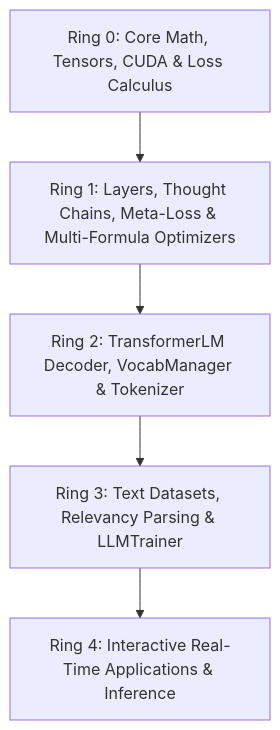
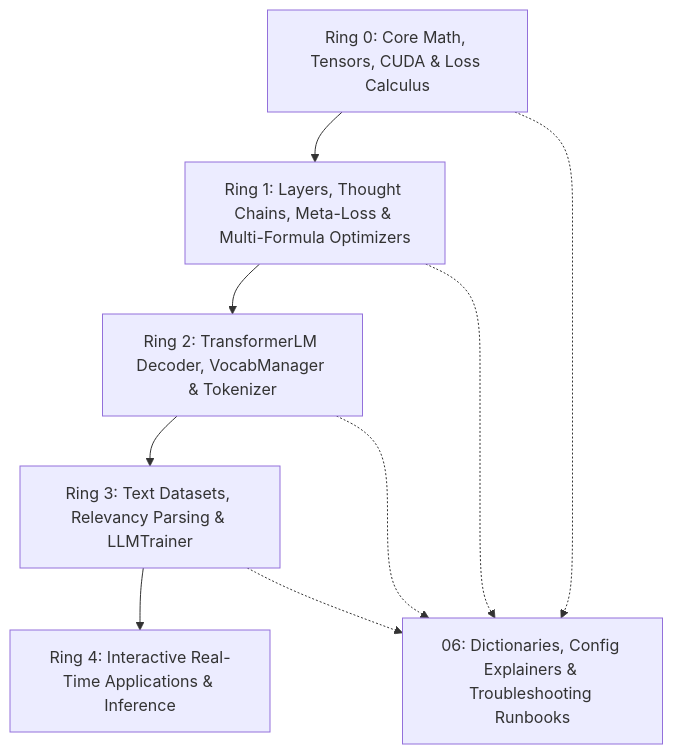
One commit to Heaplyn/NeuralNet changed the diagram in NeuralNet Obsidian/Index.md. Above: the diagram before and after it, drawn with Mermaid. The commit also changed other lines of this file and 13 other files, not shown here.

````diff
--- a/NeuralNet Obsidian/Index.md
+++ b/NeuralNet Obsidian/Index.md
@@ -62,7 +73,11 @@
 ```mermaid
 graph TD
     R0["Ring 0: Core Math, Tensors, CUDA & Loss Calculus"] --> R1["Ring 1: Layers, Thought Chains, Meta-Loss & Multi-Formula Optimizers"]
     R1 --> R2["Ring 2: TransformerLM Decoder, VocabManager & Tokenizer"]
     R2 --> R3["Ring 3: Text Datasets, Relevancy Parsing & LLMTrainer"]
     R3 --> R4["Ring 4: Interactive Real-Time Applications & Inference"]
+    R0 -.-> Ref["06: Dictionaries, Config Explainers & Troubleshooting Runbooks"]
+    R1 -.-> Ref
+    R2 -.-> Ref
+    R3 -.-> Ref
 ```
````
